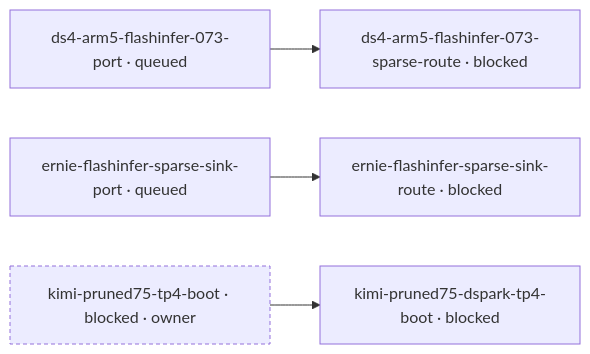
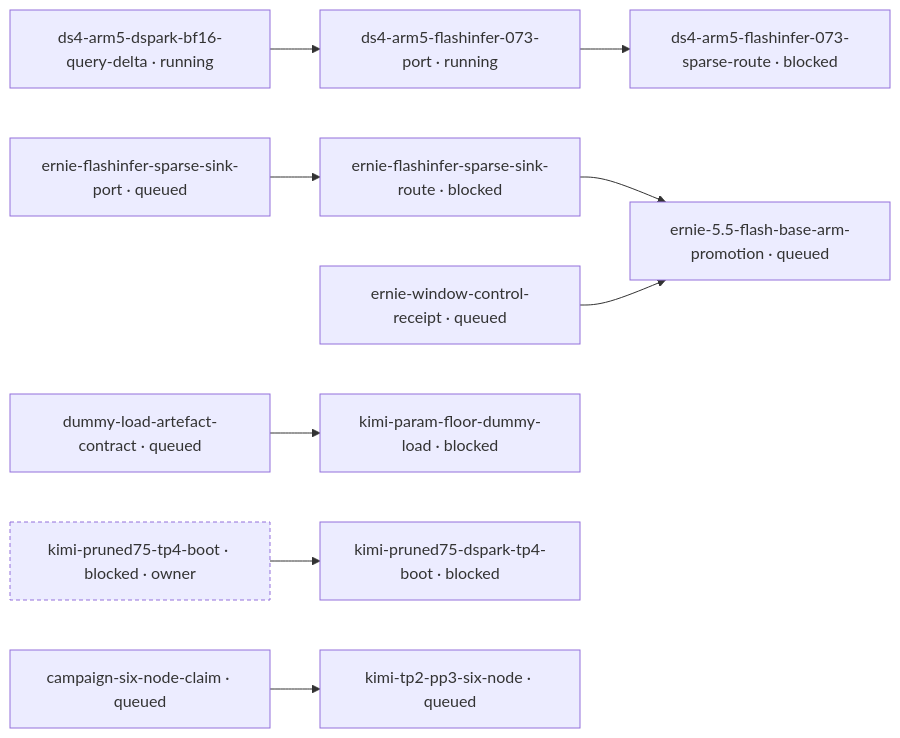
One commit to littlecedar/sparkrun-recipe-registry changed the diagram in mad-science/STATUS.md. Above: the diagram before and after it, drawn with Mermaid. The commit also changed other lines of this file, not shown here.

````diff
--- a/mad-science/STATUS.md
+++ b/mad-science/STATUS.md
@@ -18,14 +19,26 @@
 ```mermaid
 flowchart LR
-  %% 14 blocked, 3 edges, 11 prose-gated, 0 question-gated, 0 question, 45 rows not drawn (--all)
-  t1["ds4-arm5-flashinfer-073-port · queued"]
-  t2["ds4-arm5-flashinfer-073-sparse-route · blocked"]
-  t3["ernie-flashinfer-sparse-sink-port · queued"]
-  t4["ernie-flashinfer-sparse-sink-route · blocked"]
-  t5["kimi-pruned75-dspark-tp4-boot · blocked"]
-  t6["kimi-pruned75-tp4-boot · blocked · owner"]:::no-recorded-edge
-  t1 --> t2
+  %% 12 blocked, 8 edges, 8 prose-gated, 0 question-gated, 0 question, 41 rows not drawn (--all)
+  t1["campaign-six-node-claim · queued"]
+  t2["ds4-arm5-dspark-bf16-query-delta · running"]
+  t3["ds4-arm5-flashinfer-073-port · running"]
+  t4["ds4-arm5-flashinfer-073-sparse-route · blocked"]
+  t5["dummy-load-artefact-contract · queued"]
+  t6["ernie-5.5-flash-base-arm-promotion · queued"]
+  t7["ernie-flashinfer-sparse-sink-port · queued"]
+  t8["ernie-flashinfer-sparse-sink-route · blocked"]
+  t9["ernie-window-control-receipt · queued"]
+  t10["kimi-param-floor-dummy-load · blocked"]
+  t11["kimi-pruned75-dspark-tp4-boot · blocked"]
+  t12["kimi-pruned75-tp4-boot · blocked · owner"]:::no-recorded-edge
+  t13["kimi-tp2-pp3-six-node · queued"]
+  t1 --> t13
+  t2 --> t3
   t3 --> t4
-  t6 --> t5
+  t5 --> t10
+  t7 --> t8
+  t8 --> t6
+  t9 --> t6
+  t12 --> t11
   classDef no-recorded-edge stroke-dasharray: 4 3
 ```
````
